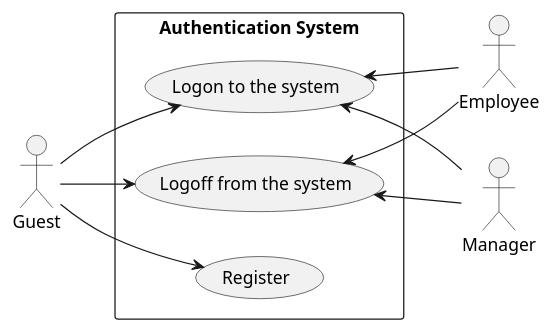
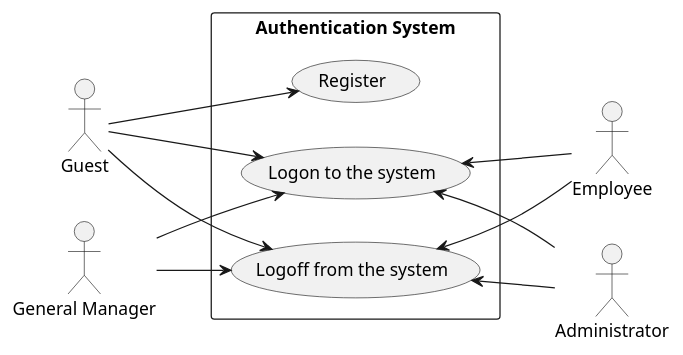
Before and after one commit to mrjink/molveno: the diagram in src/main/docs/uml/use-case/generic/login.puml, drawn with PlantUML. The commit also changed 3 other files, not shown here.

```diff
--- a/src/main/docs/uml/use-case/generic/login.puml
+++ b/src/main/docs/uml/use-case/generic/login.puml
@@ -1,24 +1,28 @@
 @startuml
 
 left to right direction
 
 actor Guest
 actor Employee
-actor Manager
+actor Administrator
+actor "General Manager" as GM
 
 rectangle "Authentication System" {
     (Logon to the system) as (Login)
     (Logoff from the system) as (Logout)
 
     Guest --> (Register)
     Guest --> (Login)
     Guest --> (Logout)
 
     (Login) <-- Employee
     (Logout) <-- Employee
 
-    (Login) <-- Manager
-    (Logout) <-- Manager
+    (Login) <-- Administrator
+    (Logout) <-- Administrator
+
+    GM --> (Login)
+    GM --> (Logout)
 }
 
 @enduml
```
